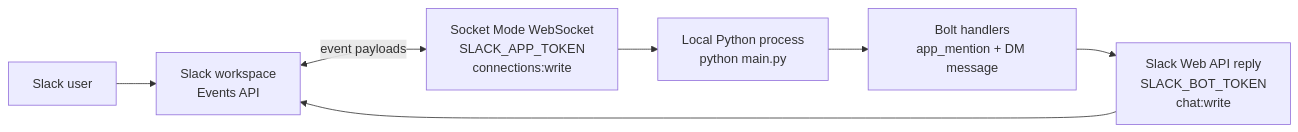
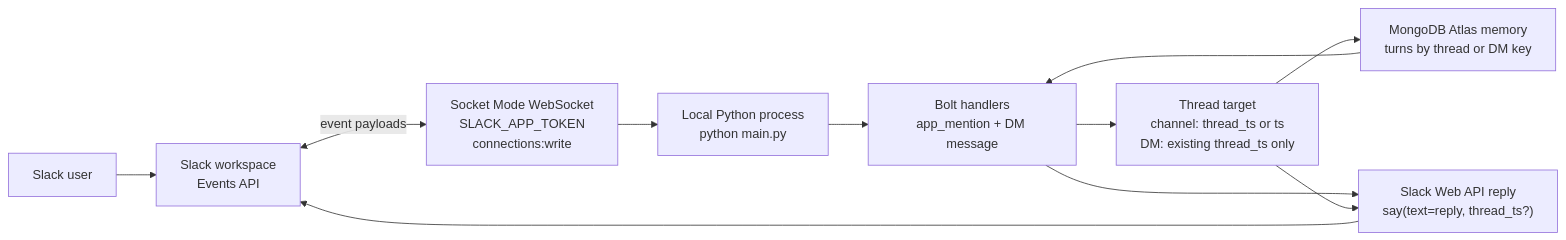
Before and after one commit to aymalkhalid/Slack-AI-WebSocket: the first of 4 diagrams in README.md, drawn with Mermaid. The commit also changed other lines of this file and 34 other files, not shown here.

First line of the commit message:
Add OpenAI replies, MongoDB memory, and threaded channel responses.

````diff
--- a/README.md
+++ b/README.md
@@ -5,16 +5,22 @@
 ```mermaid
 flowchart LR
     user["Slack user"]
     workspace["Slack workspace<br/>Events API"]
     websocket["Socket Mode WebSocket<br/>SLACK_APP_TOKEN<br/>connections:write"]
     app["Local Python process<br/>python main.py"]
     handlers["Bolt handlers<br/>app_mention + DM message"]
-    reply["Slack Web API reply<br/>SLACK_BOT_TOKEN<br/>chat:write"]
+    threadTarget["Thread target<br/>channel: thread_ts or ts<br/>DM: existing thread_ts only"]
+    memory["MongoDB Atlas memory<br/>turns by thread or DM key"]
+    reply["Slack Web API reply<br/>say(text=reply, thread_ts?)"]
 
     user --> workspace
     workspace <-->|event payloads| websocket
     websocket --> app
     app --> handlers
+    handlers --> threadTarget
+    threadTarget --> memory
+    memory --> handlers
     handlers --> reply
+    threadTarget --> reply
     reply --> workspace
 ```
````
